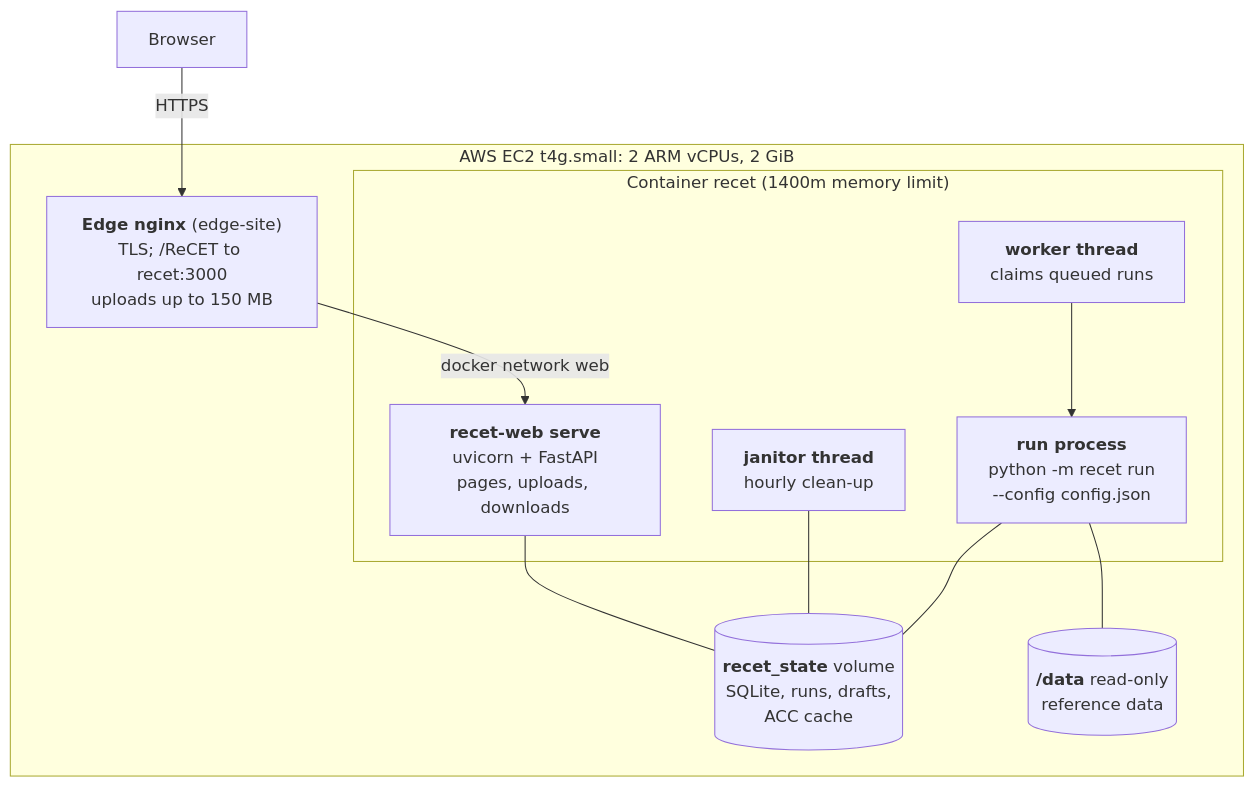
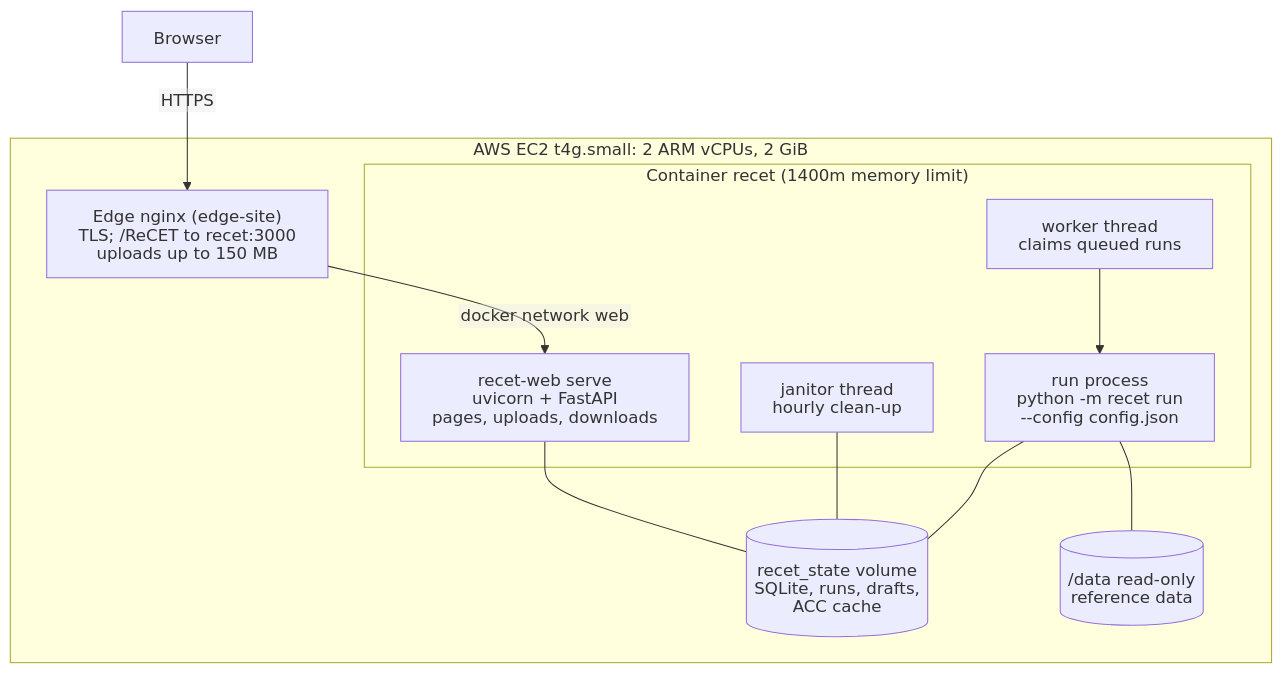
One commit to JRichardson-PGE/ReCET changed the sixth of 7 diagrams in recet/docs/ARCHITECTURE.md. Above: the diagram before and after it, drawn with Mermaid. The commit also changed other lines of this file and 8 other files, not shown here.

First line of the commit message:
Default part size 50,000; diagrams drawn with SVG text so labels are never cut off

````diff
--- a/recet/docs/ARCHITECTURE.md
+++ b/recet/docs/ARCHITECTURE.md
@@ -291,20 +325,27 @@
 ```mermaid
+---
+config:
+  htmlLabels: false
+  flowchart:
+    htmlLabels: false
+    wrappingWidth: 400
+---
 flowchart TB
-    b["Browser"] -->|HTTPS| nginx["<b>Edge nginx</b> (edge-site)<br/>TLS; /ReCET to recet:3000<br/>uploads up to 150 MB"]
+    b["Browser"] -->|HTTPS| nginx["Edge nginx (edge-site)<br/>TLS; /ReCET to recet:3000<br/>uploads up to 150 MB"]
     subgraph HOST["AWS EC2 t4g.small: 2 ARM vCPUs, 2 GiB"]
         nginx -->|"docker network web"| srv
         subgraph C["Container recet (1400m memory limit)"]
-            srv["<b>recet-web serve</b><br/>uvicorn + FastAPI<br/>pages, uploads, downloads"]
-            wk["<b>worker thread</b><br/>claims queued runs"]
-            jan["<b>janitor thread</b><br/>hourly clean-up"]
-            child["<b>run process</b><br/>python -m recet run<br/>--config config.json"]
+            srv["recet-web serve<br/>uvicorn + FastAPI<br/>pages, uploads, downloads"]
+            wk["worker thread<br/>claims queued runs"]
+            jan["janitor thread<br/>hourly clean-up"]
+            child["run process<br/>python -m recet run<br/>--config config.json"]
             wk --> child
         end
-        state[("<b>recet_state</b> volume<br/>SQLite, runs, drafts,<br/>ACC cache")]
-        ref[("<b>/data</b> read-only<br/>reference data")]
+        state[("recet_state volume<br/>SQLite, runs, drafts,<br/>ACC cache")]
+        ref[("/data read-only<br/>reference data")]
     end
     srv --- state
     jan --- state
     child --- state
     child --- ref
 ```
````
